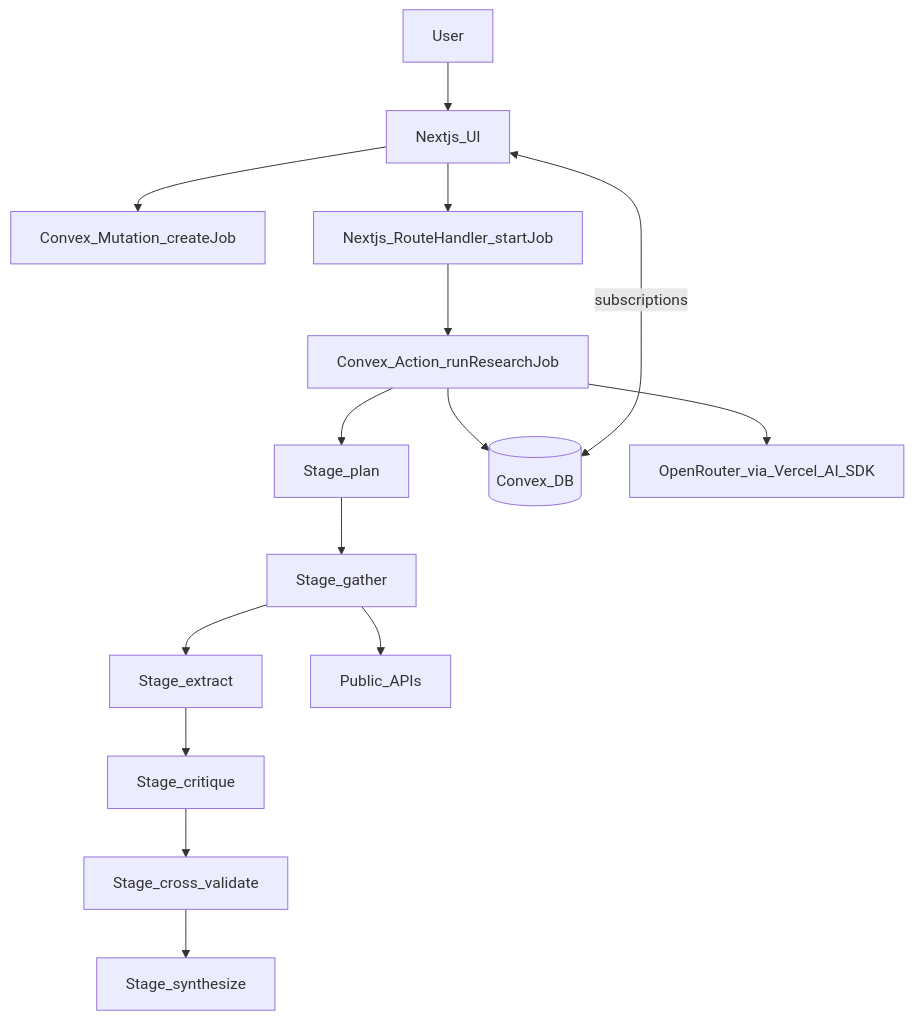
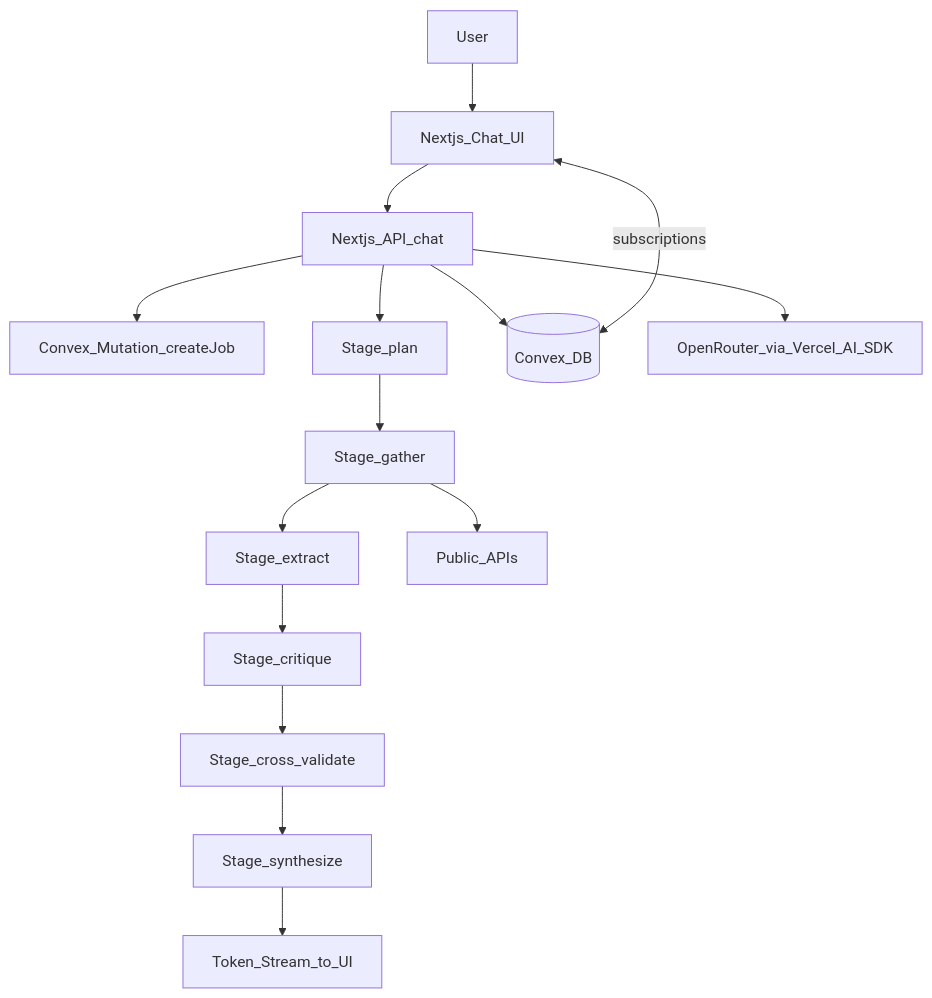
The diagram in .cursor/plans/architecture_+_agents_a1088608.plan.md (Syed-Ahmed02/Research-Synth), drawn with Mermaid before and after one commit. The commit also changed other lines of this file and 5 other files, not shown here.

````diff
--- a/.cursor/plans/architecture_+_agents_a1088608.plan.md
+++ b/.cursor/plans/architecture_+_agents_a1088608.plan.md
@@ -37,20 +37,17 @@
 ```mermaid
 flowchart TD
-  user[User] --> ui[Nextjs_UI]
-  ui --> createJob[Convex_Mutation_createJob]
-  ui --> startJob[Nextjs_RouteHandler_startJob]
-  startJob --> runAction[Convex_Action_runResearchJob]
-
-  runAction --> stagePlan[Stage_plan]
+  user[User] --> ui[Nextjs_Chat_UI]
+  ui --> chatApi[Nextjs_API_chat]
+  chatApi --> createJob[Convex_Mutation_createJob]
+  chatApi --> stagePlan[Stage_plan]
   stagePlan --> stageGather[Stage_gather]
   stageGather --> stageExtract[Stage_extract]
   stageExtract --> stageCritique[Stage_critique]
   stageCritique --> stageXval[Stage_cross_validate]
   stageXval --> stageSynth[Stage_synthesize]
-
-  runAction --> db[(Convex_DB)]
+  stageSynth --> tokenStream[Token_Stream_to_UI]
+  chatApi --> db[(Convex_DB)]
   ui <-->|subscriptions| db
-
-  runAction --> llm[OpenRouter_via_Vercel_AI_SDK]
+  chatApi --> llm[OpenRouter_via_Vercel_AI_SDK]
   stageGather --> extApis[Public_APIs]
 ```
````
